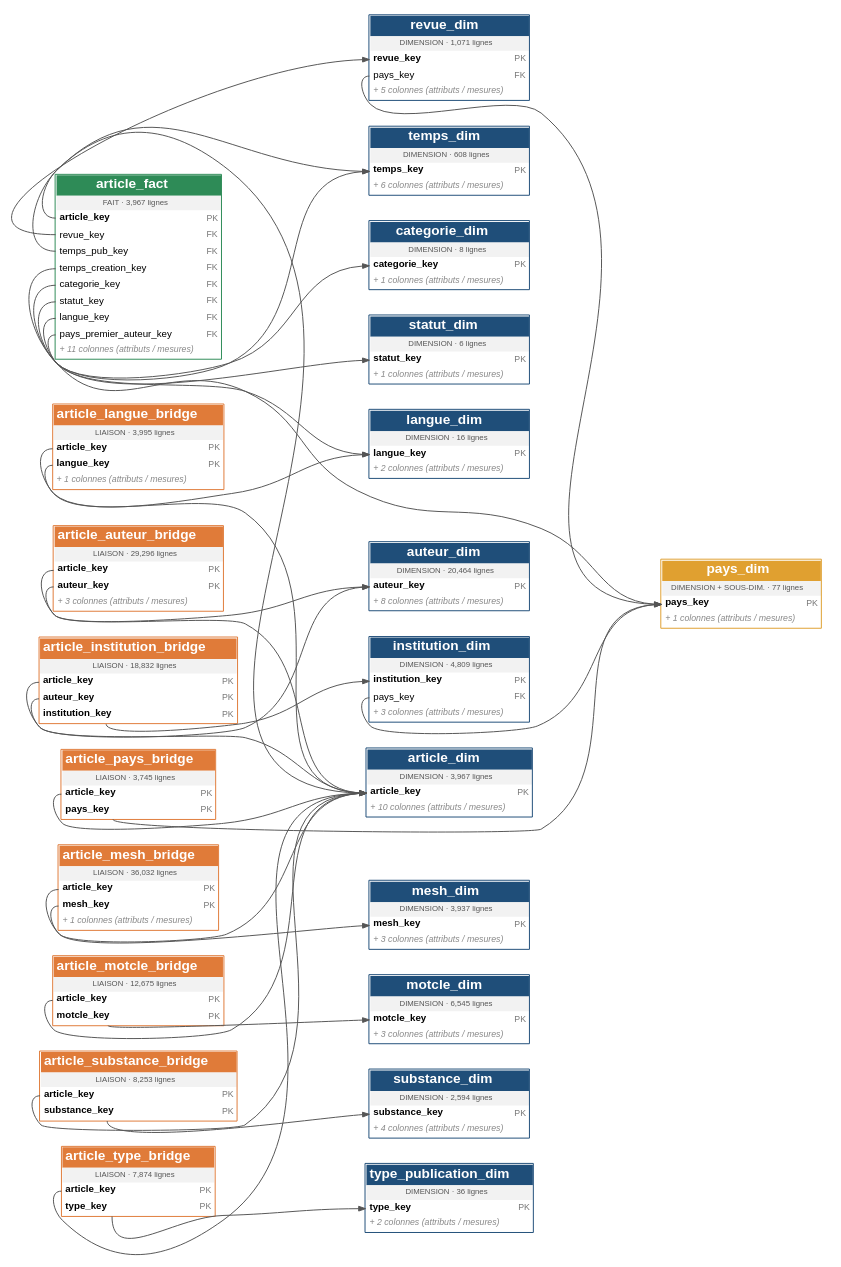
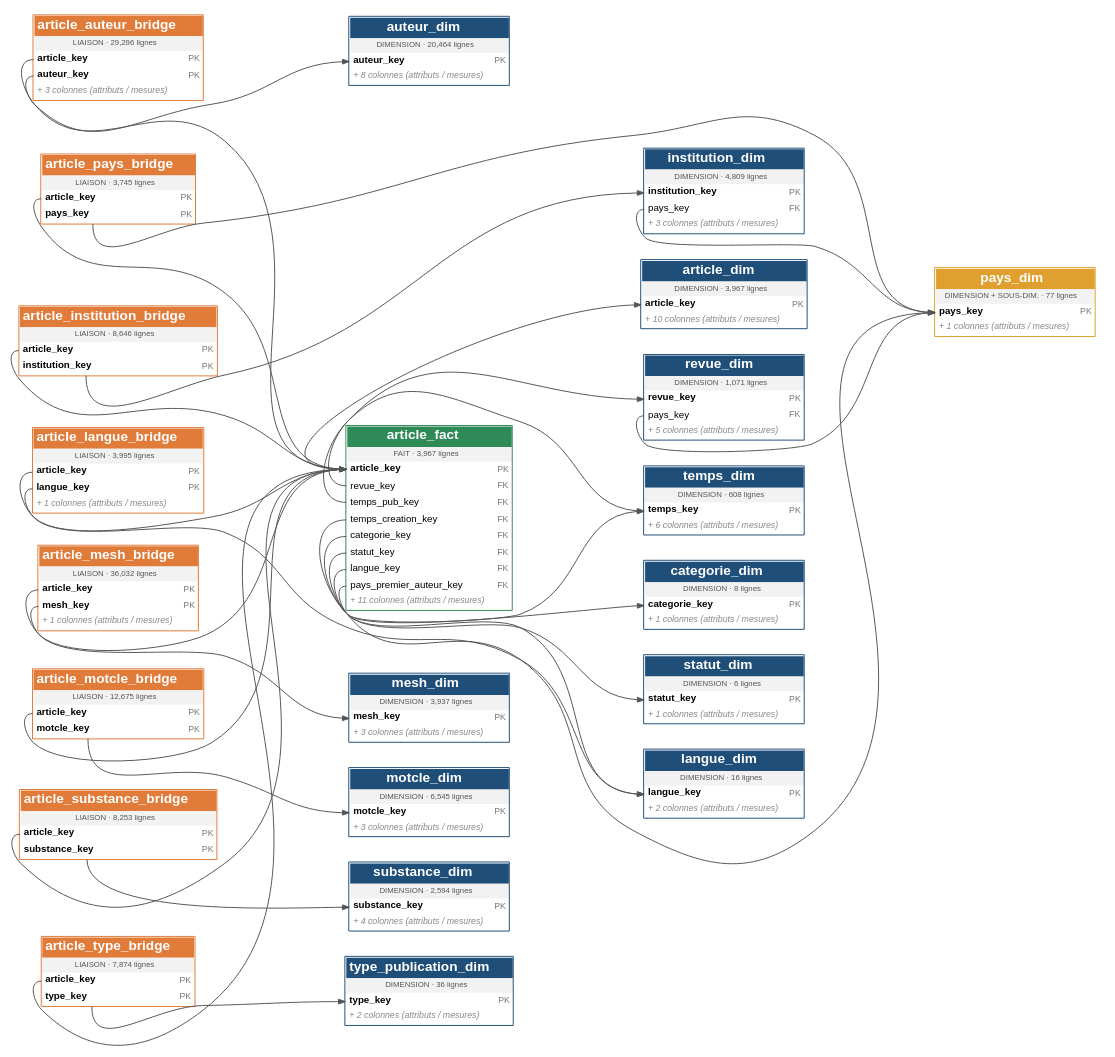
The diagram in load_out/schema_dw_compact.dot (kchaou-mariem/pubmed_BI), drawn with Graphviz before and after one commit. The commit also changed 9 other files, not shown here.

Commit message:
Update data warehouse schema and ETL

```diff
--- a/load_out/schema_dw_compact.dot
+++ b/load_out/schema_dw_compact.dot
@@ -3,7 +3,7 @@
 "article_auteur_bridge" [label=<<TABLE BORDER="1" CELLBORDER="0" CELLSPACING="0" CELLPADDING="3" COLOR="#E07B39"><TR><TD COLSPAN="2" BGCOLOR="#E07B39"><FONT COLOR="white"><B>article_auteur_bridge</B></FONT></TD></TR><TR><TD COLSPAN="2" BGCOLOR="#F2F2F2"><FONT POINT-SIZE="8" COLOR="#555555">LIAISON · 29,296 lignes</FONT></TD></TR><TR><TD ALIGN="LEFT" PORT="article_key"><FONT POINT-SIZE="10"><B>article_key</B></FONT></TD><TD ALIGN="RIGHT"><FONT POINT-SIZE='9' COLOR='#777777'>PK</FONT></TD></TR><TR><TD ALIGN="LEFT" PORT="auteur_key"><FONT POINT-SIZE="10"><B>auteur_key</B></FONT></TD><TD ALIGN="RIGHT"><FONT POINT-SIZE='9' COLOR='#777777'>PK</FONT></TD></TR><TR><TD COLSPAN="2" ALIGN="LEFT"><FONT POINT-SIZE="9" COLOR="#888888"><I>+ 3 colonnes (attributs / mesures)</I></FONT></TD></TR></TABLE>>];
 "article_dim" [label=<<TABLE BORDER="1" CELLBORDER="0" CELLSPACING="0" CELLPADDING="3" COLOR="#1F4E79"><TR><TD COLSPAN="2" BGCOLOR="#1F4E79"><FONT COLOR="white"><B>article_dim</B></FONT></TD></TR><TR><TD COLSPAN="2" BGCOLOR="#F2F2F2"><FONT POINT-SIZE="8" COLOR="#555555">DIMENSION · 3,967 lignes</FONT></TD></TR><TR><TD ALIGN="LEFT" PORT="article_key"><FONT POINT-SIZE="10"><B>article_key</B></FONT></TD><TD ALIGN="RIGHT"><FONT POINT-SIZE='9' COLOR='#777777'>PK</FONT></TD></TR><TR><TD COLSPAN="2" ALIGN="LEFT"><FONT POINT-SIZE="9" COLOR="#888888"><I>+ 10 colonnes (attributs / mesures)</I></FONT></TD></TR></TABLE>>];
 "article_fact" [label=<<TABLE BORDER="1" CELLBORDER="0" CELLSPACING="0" CELLPADDING="3" COLOR="#2E8B57"><TR><TD COLSPAN="2" BGCOLOR="#2E8B57"><FONT COLOR="white"><B>article_fact</B></FONT></TD></TR><TR><TD COLSPAN="2" BGCOLOR="#F2F2F2"><FONT POINT-SIZE="8" COLOR="#555555">FAIT · 3,967 lignes</FONT></TD></TR><TR><TD ALIGN="LEFT" PORT="article_key"><FONT POINT-SIZE="10"><B>article_key</B></FONT></TD><TD ALIGN="RIGHT"><FONT POINT-SIZE='9' COLOR='#777777'>PK</FONT></TD></TR><TR><TD ALIGN="LEFT" PORT="revue_key"><FONT POINT-SIZE="10">revue_key</FONT></TD><TD ALIGN="RIGHT"><FONT POINT-SIZE='9' COLOR='#777777'>FK</FONT></TD></TR><TR><TD ALIGN="LEFT" PORT="temps_pub_key"><FONT POINT-SIZE="10">temps_pub_key</FONT></TD><TD ALIGN="RIGHT"><FONT POINT-SIZE='9' COLOR='#777777'>FK</FONT></TD></TR><TR><TD ALIGN="LEFT" PORT="temps_creation_key"><FONT POINT-SIZE="10">temps_creation_key</FONT></TD><TD ALIGN="RIGHT"><FONT POINT-SIZE='9' COLOR='#777777'>FK</FONT></TD></TR><TR><TD ALIGN="LEFT" PORT="categorie_key"><FONT POINT-SIZE="10">categorie_key</FONT></TD><TD ALIGN="RIGHT"><FONT POINT-SIZE='9' COLOR='#777777'>FK</FONT></TD></TR><TR><TD ALIGN="LEFT" PORT="statut_key"><FONT POINT-SIZE="10">statut_key</FONT></TD><TD ALIGN="RIGHT"><FONT POINT-SIZE='9' COLOR='#777777'>FK</FONT></TD></TR><TR><TD ALIGN="LEFT" PORT="langue_key"><FONT POINT-SIZE="10">langue_key</FONT></TD><TD ALIGN="RIGHT"><FONT POINT-SIZE='9' COLOR='#777777'>FK</FONT></TD></TR><TR><TD ALIGN="LEFT" PORT="pays_premier_auteur_key"><FONT POINT-SIZE="10">pays_premier_auteur_key</FONT></TD><TD ALIGN="RIGHT"><FONT POINT-SIZE='9' COLOR='#777777'>FK</FONT></TD></TR><TR><TD COLSPAN="2" ALIGN="LEFT"><FONT POINT-SIZE="9" COLOR="#888888"><I>+ 11 colonnes (attributs / mesures)</I></FONT></TD></TR></TABLE>>];
-"article_institution_bridge" [label=<<TABLE BORDER="1" CELLBORDER="0" CELLSPACING="0" CELLPADDING="3" COLOR="#E07B39"><TR><TD COLSPAN="2" BGCOLOR="#E07B39"><FONT COLOR="white"><B>article_institution_bridge</B></FONT></TD></TR><TR><TD COLSPAN="2" BGCOLOR="#F2F2F2"><FONT POINT-SIZE="8" COLOR="#555555">LIAISON · 18,832 lignes</FONT></TD></TR><TR><TD ALIGN="LEFT" PORT="article_key"><FONT POINT-SIZE="10"><B>article_key</B></FONT></TD><TD ALIGN="RIGHT"><FONT POINT-SIZE='9' COLOR='#777777'>PK</FONT></TD></TR><TR><TD ALIGN="LEFT" PORT="auteur_key"><FONT POINT-SIZE="10"><B>auteur_key</B></FONT></TD><TD ALIGN="RIGHT"><FONT POINT-SIZE='9' COLOR='#777777'>PK</FONT></TD></TR><TR><TD ALIGN="LEFT" PORT="institution_key"><FONT POINT-SIZE="10"><B>institution_key</B></FONT></TD><TD ALIGN="RIGHT"><FONT POINT-SIZE='9' COLOR='#777777'>PK</FONT></TD></TR></TABLE>>];
+"article_institution_bridge" [label=<<TABLE BORDER="1" CELLBORDER="0" CELLSPACING="0" CELLPADDING="3" COLOR="#E07B39"><TR><TD COLSPAN="2" BGCOLOR="#E07B39"><FONT COLOR="white"><B>article_institution_bridge</B></FONT></TD></TR><TR><TD COLSPAN="2" BGCOLOR="#F2F2F2"><FONT POINT-SIZE="8" COLOR="#555555">LIAISON · 8,646 lignes</FONT></TD></TR><TR><TD ALIGN="LEFT" PORT="article_key"><FONT POINT-SIZE="10"><B>article_key</B></FONT></TD><TD ALIGN="RIGHT"><FONT POINT-SIZE='9' COLOR='#777777'>PK</FONT></TD></TR><TR><TD ALIGN="LEFT" PORT="institution_key"><FONT POINT-SIZE="10"><B>institution_key</B></FONT></TD><TD ALIGN="RIGHT"><FONT POINT-SIZE='9' COLOR='#777777'>PK</FONT></TD></TR></TABLE>>];
 "article_langue_bridge" [label=<<TABLE BORDER="1" CELLBORDER="0" CELLSPACING="0" CELLPADDING="3" COLOR="#E07B39"><TR><TD COLSPAN="2" BGCOLOR="#E07B39"><FONT COLOR="white"><B>article_langue_bridge</B></FONT></TD></TR><TR><TD COLSPAN="2" BGCOLOR="#F2F2F2"><FONT POINT-SIZE="8" COLOR="#555555">LIAISON · 3,995 lignes</FONT></TD></TR><TR><TD ALIGN="LEFT" PORT="article_key"><FONT POINT-SIZE="10"><B>article_key</B></FONT></TD><TD ALIGN="RIGHT"><FONT POINT-SIZE='9' COLOR='#777777'>PK</FONT></TD></TR><TR><TD ALIGN="LEFT" PORT="langue_key"><FONT POINT-SIZE="10"><B>langue_key</B></FONT></TD><TD ALIGN="RIGHT"><FONT POINT-SIZE='9' COLOR='#777777'>PK</FONT></TD></TR><TR><TD COLSPAN="2" ALIGN="LEFT"><FONT POINT-SIZE="9" COLOR="#888888"><I>+ 1 colonnes (attributs / mesures)</I></FONT></TD></TR></TABLE>>];
 "article_mesh_bridge" [label=<<TABLE BORDER="1" CELLBORDER="0" CELLSPACING="0" CELLPADDING="3" COLOR="#E07B39"><TR><TD COLSPAN="2" BGCOLOR="#E07B39"><FONT COLOR="white"><B>article_mesh_bridge</B></FONT></TD></TR><TR><TD COLSPAN="2" BGCOLOR="#F2F2F2"><FONT POINT-SIZE="8" COLOR="#555555">LIAISON · 36,032 lignes</FONT></TD></TR><TR><TD ALIGN="LEFT" PORT="article_key"><FONT POINT-SIZE="10"><B>article_key</B></FONT></TD><TD ALIGN="RIGHT"><FONT POINT-SIZE='9' COLOR='#777777'>PK</FONT></TD></TR><TR><TD ALIGN="LEFT" PORT="mesh_key"><FONT POINT-SIZE="10"><B>mesh_key</B></FONT></TD><TD ALIGN="RIGHT"><FONT POINT-SIZE='9' COLOR='#777777'>PK</FONT></TD></TR><TR><TD COLSPAN="2" ALIGN="LEFT"><FONT POINT-SIZE="9" COLOR="#888888"><I>+ 1 colonnes (attributs / mesures)</I></FONT></TD></TR></TABLE>>];
 "article_motcle_bridge" [label=<<TABLE BORDER="1" CELLBORDER="0" CELLSPACING="0" CELLPADDING="3" COLOR="#E07B39"><TR><TD COLSPAN="2" BGCOLOR="#E07B39"><FONT COLOR="white"><B>article_motcle_bridge</B></FONT></TD></TR><TR><TD COLSPAN="2" BGCOLOR="#F2F2F2"><FONT POINT-SIZE="8" COLOR="#555555">LIAISON · 12,675 lignes</FONT></TD></TR><TR><TD ALIGN="LEFT" PORT="article_key"><FONT POINT-SIZE="10"><B>article_key</B></FONT></TD><TD ALIGN="RIGHT"><FONT POINT-SIZE='9' COLOR='#777777'>PK</FONT></TD></TR><TR><TD ALIGN="LEFT" PORT="motcle_key"><FONT POINT-SIZE="10"><B>motcle_key</B></FONT></TD><TD ALIGN="RIGHT"><FONT POINT-SIZE='9' COLOR='#777777'>PK</FONT></TD></TR></TABLE>>];
@@ -23,7 +23,7 @@
 "temps_dim" [label=<<TABLE BORDER="1" CELLBORDER="0" CELLSPACING="0" CELLPADDING="3" COLOR="#1F4E79"><TR><TD COLSPAN="2" BGCOLOR="#1F4E79"><FONT COLOR="white"><B>temps_dim</B></FONT></TD></TR><TR><TD COLSPAN="2" BGCOLOR="#F2F2F2"><FONT POINT-SIZE="8" COLOR="#555555">DIMENSION · 608 lignes</FONT></TD></TR><TR><TD ALIGN="LEFT" PORT="temps_key"><FONT POINT-SIZE="10"><B>temps_key</B></FONT></TD><TD ALIGN="RIGHT"><FONT POINT-SIZE='9' COLOR='#777777'>PK</FONT></TD></TR><TR><TD COLSPAN="2" ALIGN="LEFT"><FONT POINT-SIZE="9" COLOR="#888888"><I>+ 6 colonnes (attributs / mesures)</I></FONT></TD></TR></TABLE>>];
 "type_publication_dim" [label=<<TABLE BORDER="1" CELLBORDER="0" CELLSPACING="0" CELLPADDING="3" COLOR="#1F4E79"><TR><TD COLSPAN="2" BGCOLOR="#1F4E79"><FONT COLOR="white"><B>type_publication_dim</B></FONT></TD></TR><TR><TD COLSPAN="2" BGCOLOR="#F2F2F2"><FONT POINT-SIZE="8" COLOR="#555555">DIMENSION · 36 lignes</FONT></TD></TR><TR><TD ALIGN="LEFT" PORT="type_key"><FONT POINT-SIZE="10"><B>type_key</B></FONT></TD><TD ALIGN="RIGHT"><FONT POINT-SIZE='9' COLOR='#777777'>PK</FONT></TD></TR><TR><TD COLSPAN="2" ALIGN="LEFT"><FONT POINT-SIZE="9" COLOR="#888888"><I>+ 2 colonnes (attributs / mesures)</I></FONT></TD></TR></TABLE>>];
 "article_auteur_bridge":"auteur_key" -> "auteur_dim":"auteur_key";
-"article_auteur_bridge":"article_key" -> "article_dim":"article_key";
+"article_auteur_bridge":"article_key" -> "article_fact":"article_key";
 "article_fact":"pays_premier_auteur_key" -> "pays_dim":"pays_key";
 "article_fact":"langue_key" -> "langue_dim":"langue_key";
 "article_fact":"statut_key" -> "statut_dim":"statut_key";
@@ -33,20 +33,19 @@
 "article_fact":"revue_key" -> "revue_dim":"revue_key";
 "article_fact":"article_key" -> "article_dim":"article_key";
 "article_institution_bridge":"institution_key" -> "institution_dim":"institution_key";
-"article_institution_bridge":"auteur_key" -> "auteur_dim":"auteur_key";
-"article_institution_bridge":"article_key" -> "article_dim":"article_key";
+"article_institution_bridge":"article_key" -> "article_fact":"article_key";
 "article_langue_bridge":"langue_key" -> "langue_dim":"langue_key";
-"article_langue_bridge":"article_key" -> "article_dim":"article_key";
+"article_langue_bridge":"article_key" -> "article_fact":"article_key";
 "article_mesh_bridge":"mesh_key" -> "mesh_dim":"mesh_key";
-"article_mesh_bridge":"article_key" -> "article_dim":"article_key";
+"article_mesh_bridge":"article_key" -> "article_fact":"article_key";
 "article_motcle_bridge":"motcle_key" -> "motcle_dim":"motcle_key";
-"article_motcle_bridge":"article_key" -> "article_dim":"article_key";
+"article_motcle_bridge":"article_key" -> "article_fact":"article_key";
 "article_pays_bridge":"pays_key" -> "pays_dim":"pays_key";
-"article_pays_bridge":"article_key" -> "article_dim":"article_key";
+"article_pays_bridge":"article_key" -> "article_fact":"article_key";
 "article_substance_bridge":"substance_key" -> "substance_dim":"substance_key";
-"article_substance_bridge":"article_key" -> "article_dim":"article_key";
+"article_substance_bridge":"article_key" -> "article_fact":"article_key";
 "article_type_bridge":"type_key" -> "type_publication_dim":"type_key";
-"article_type_bridge":"article_key" -> "article_dim":"article_key";
+"article_type_bridge":"article_key" -> "article_fact":"article_key";
 "institution_dim":"pays_key" -> "pays_dim":"pays_key";
 "revue_dim":"pays_key" -> "pays_dim":"pays_key";
 }
```
